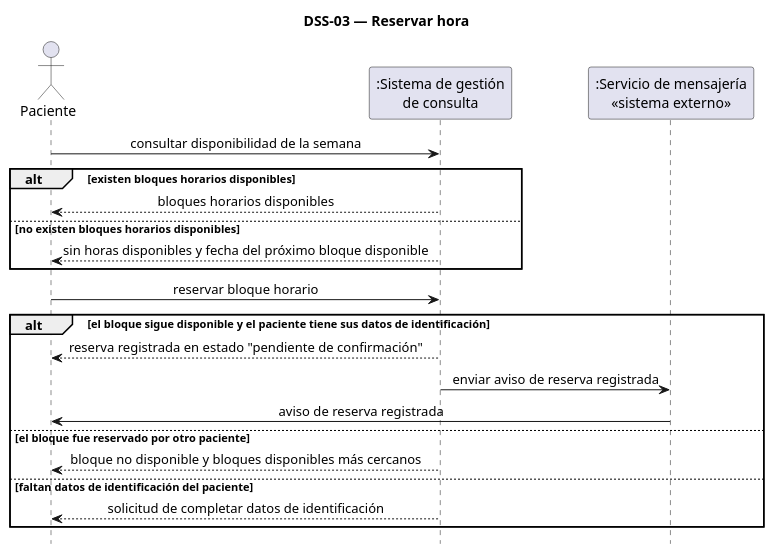
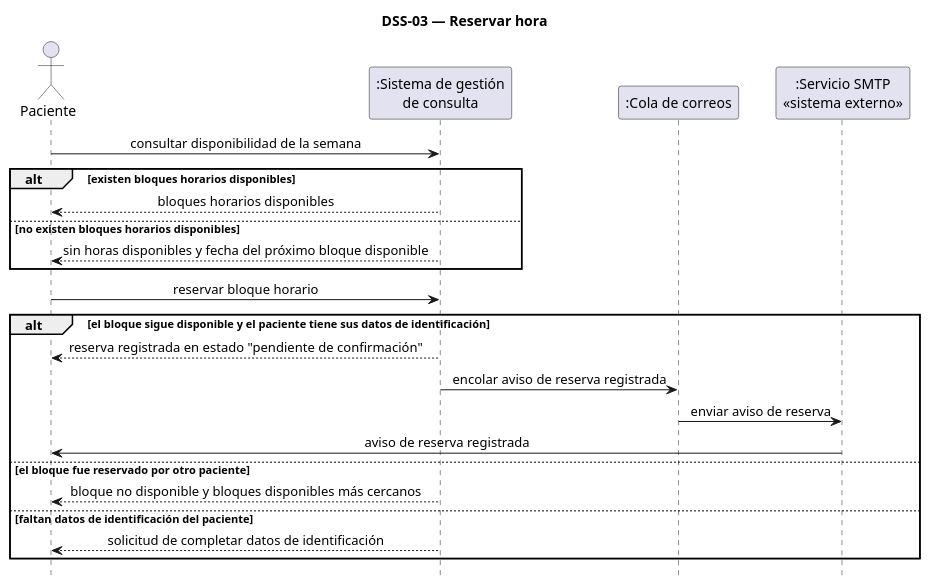
Before and after one commit to gestion-consulta-psicologica/ingenieria-requisitos: the diagram in diagramas/dss-03.puml, drawn with PlantUML. The commit also changed 119 other files, not shown here.

```diff
--- a/diagramas/dss-03.puml
+++ b/diagramas/dss-03.puml
@@ -1,29 +1,31 @@
 @startuml dss-03
 ' DSS-03 — Reservar hora (CU-02 / HU-02, incluye CU-01 / HU-01)
 skinparam shadowing false
 skinparam sequenceMessageAlign center
 hide footbox
 title DSS-03 — Reservar hora
 
 actor "Paciente" as PAC
 participant ":Sistema de gestión\nde consulta" as SIS
-participant ":Servicio de mensajería\n<<sistema externo>>" as MSJ
+participant ":Cola de correos" as COLA
+participant ":Servicio SMTP\n<<sistema externo>>" as SMTP
 
 PAC -> SIS : consultar disponibilidad de la semana
 alt existen bloques horarios disponibles
   SIS --> PAC : bloques horarios disponibles
 else no existen bloques horarios disponibles
   SIS --> PAC : sin horas disponibles y fecha del próximo bloque disponible
 end
 
 PAC -> SIS : reservar bloque horario
 alt el bloque sigue disponible y el paciente tiene sus datos de identificación
   SIS --> PAC : reserva registrada en estado "pendiente de confirmación"
-  SIS -> MSJ : enviar aviso de reserva registrada
-  MSJ -> PAC : aviso de reserva registrada
+  SIS -> COLA : encolar aviso de reserva registrada
+  COLA -> SMTP : enviar aviso de reserva
+  SMTP -> PAC : aviso de reserva registrada
 else el bloque fue reservado por otro paciente
   SIS --> PAC : bloque no disponible y bloques disponibles más cercanos
 else faltan datos de identificación del paciente
   SIS --> PAC : solicitud de completar datos de identificación
 end
 @enduml
```
